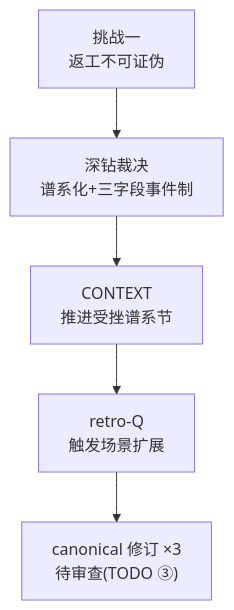
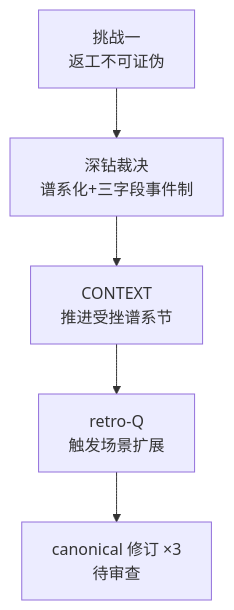
The fourth of 6 diagrams in PROJECT-OVERVIEW.md (code-cycler/info-driven-ai-se-harness-engineering), drawn with Mermaid before and after one commit. The commit also changed other lines of this file and 16 other files, not shown here.

````diff
--- a/PROJECT-OVERVIEW.md
+++ b/PROJECT-OVERVIEW.md
@@ -185,7 +201,7 @@
 ```mermaid
 flowchart TD
     P1c["挑战一<br/>返工不可证伪"] --> P2c["深钻裁决<br/>谱系化+三字段事件制"]
     P2c --> P3c["CONTEXT<br/>推进受挫谱系节"]
     P3c --> P4c["retro-Q<br/>触发场景扩展"]
-    P4c --> P5c["canonical 修订 ×3<br/>待审查(TODO ③)"]
+    P4c --> P5c["canonical 修订 ×3<br/>待审查"]
 ```
````
